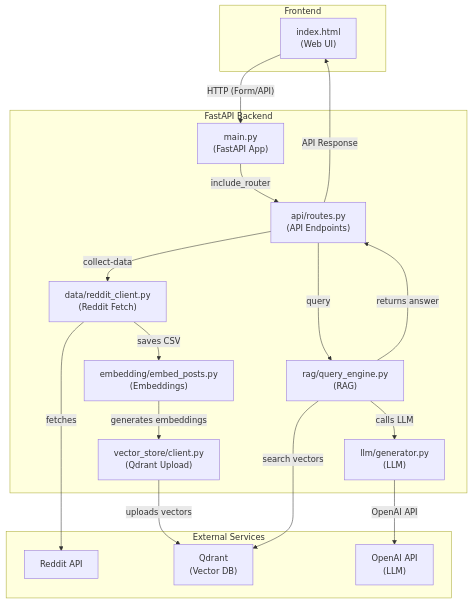
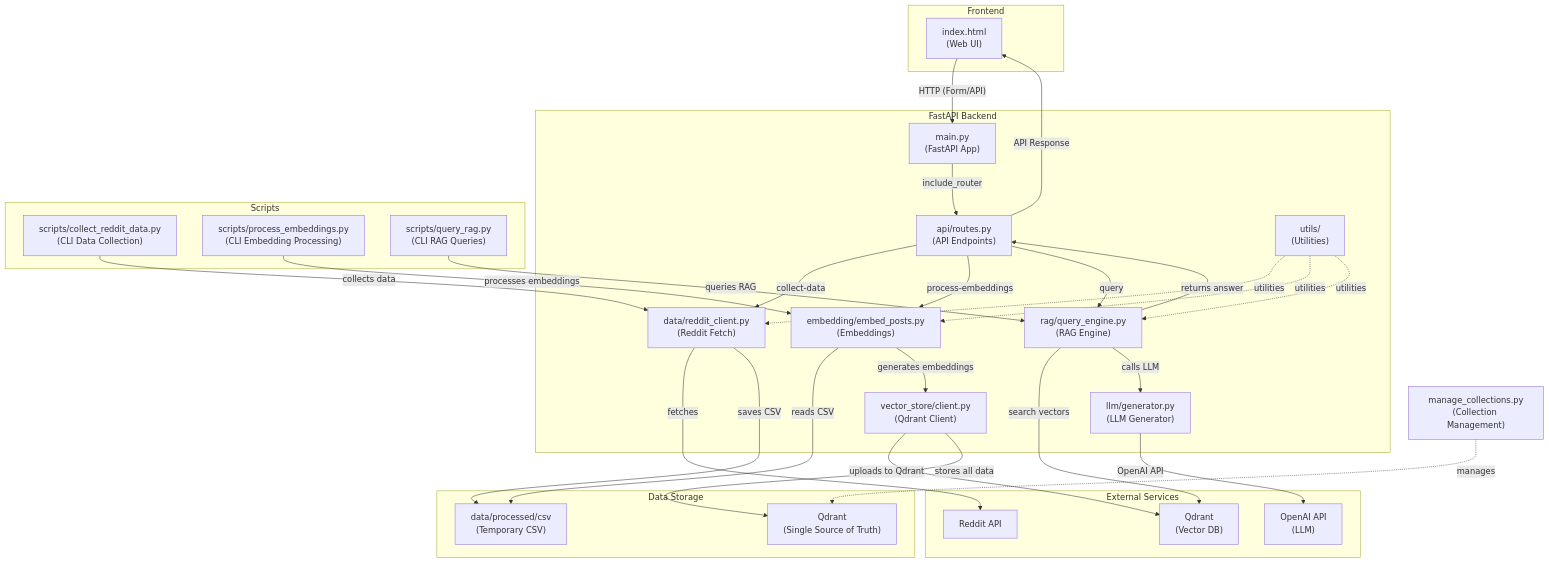
Before and after one commit to RobertBauer-dev/rag-stock-sentiment: the diagram in README.md, drawn with Mermaid. The commit also changed other lines of this file and 3 other files, not shown here.

First line of the commit message:
Vorher (redundant): Reddit → CSV → NPY → Qdrant      ↓      ↓      ↓    3x Speicherung der gleichen Daten

````diff
--- a/README.md
+++ b/README.md
@@ -131,34 +147,69 @@
 ```mermaid
 graph TD
     subgraph Frontend
         A["index.html<br/>(Web UI)"]
     end
+    
     subgraph FastAPI Backend
         B["main.py<br/>(FastAPI App)"]
         C["api/routes.py<br/>(API Endpoints)"]
         D["data/reddit_client.py<br/>(Reddit Fetch)"]
         E["embedding/embed_posts.py<br/>(Embeddings)"]
-        F["vector_store/client.py<br/>(Qdrant Upload)"]
-        G["rag/query_engine.py<br/>(RAG)"]
-        H["llm/generator.py<br/>(LLM)"]
+        F["vector_store/client.py<br/>(Qdrant Client)"]
+        G["rag/query_engine.py<br/>(RAG Engine)"]
+        H["llm/generator.py<br/>(LLM Generator)"]
+        I["utils/<br/>(Utilities)"]
     end
+    
+    subgraph Scripts
+        J["scripts/collect_reddit_data.py<br/>(CLI Data Collection)"]
+        K["scripts/process_embeddings.py<br/>(CLI Embedding Processing)"]
+        L["scripts/query_rag.py<br/>(CLI RAG Queries)"]
+    end
+    
     subgraph External Services
-        I["Reddit API"]
-        J["Qdrant<br/>(Vector DB)"]
-        K["OpenAI API<br/>(LLM)"]
+        M["Reddit API"]
+        N["Qdrant<br/>(Vector DB)"]
+        O["OpenAI API<br/>(LLM)"]
+    end
+    
+    subgraph Data Storage
+        P["data/processed/csv<br/>(Temporary CSV)"]
+        Q["Qdrant<br/>(Single Source of Truth)"]
     end
 
+    %% Web Interface Flow
     A -- HTTP (Form/API) --> B
     B -- include_router --> C
+    
+    %% API Data Collection Flow
     C -- collect-data --> D
-    D -- fetches --> I
-    D -- saves CSV --> E
+    D -- fetches --> M
+    D -- saves CSV --> P
+    C -- process-embeddings --> E
+    E -- reads CSV --> P
     E -- generates embeddings --> F
-    F -- uploads vectors --> J
+    F -- uploads to Qdrant --> N
+    F -- stores all data --> Q
+    
+    %% API Query Flow
     C -- query --> G
-    G -- search vectors --> J
+    G -- search vectors --> N
     G -- calls LLM --> H
-    H -- OpenAI API --> K
+    H -- OpenAI API --> O
     G -- returns answer --> C
     C -- API Response --> A
+    
+    %% CLI Scripts Flow
+    J -- collects data --> D
+    K -- processes embeddings --> E
+    L -- queries RAG --> G
+    
+    %% Collection Management
+    M2["manage_collections.py<br/>(Collection Management)"] -. manages .-> Q
+    
+    %% Utilities
+    I -. utilities .-> D
+    I -. utilities .-> E
+    I -. utilities .-> G
 ```
````
